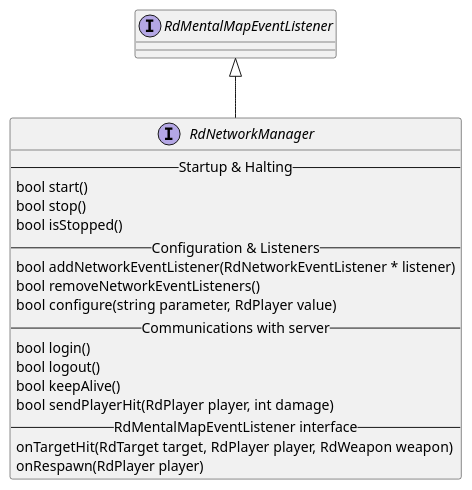
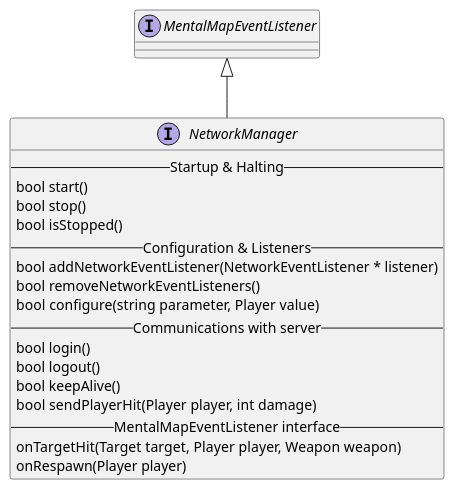
Before and after one commit to asrob-uc3m/robotDevastation-developer-manual: the first of 2 diagrams in en/network-manager.md, drawn with PlantUML. The commit also changed other lines of this file and 9 other files, not shown here.

```diff
--- a/en/network-manager.md
+++ b/en/network-manager.md
@@ -5,24 +5,24 @@
 {% plantuml %}
-interface RdNetworkManager {
+interface NetworkManager {
 --Startup & Halting--
 bool start()
 bool stop()
 bool isStopped()
 -- Configuration & Listeners --
-bool addNetworkEventListener(RdNetworkEventListener * listener)
+bool addNetworkEventListener(NetworkEventListener * listener)
 bool removeNetworkEventListeners()
-bool configure(string parameter, RdPlayer value)
+bool configure(string parameter, Player value)
 -- Communications with server --
 bool login()
 bool logout()
 bool keepAlive()
-bool sendPlayerHit(RdPlayer player, int damage)
--- RdMentalMapEventListener interface --
-onTargetHit(RdTarget target, RdPlayer player, RdWeapon weapon)
-onRespawn(RdPlayer player)
+bool sendPlayerHit(Player player, int damage)
+-- MentalMapEventListener interface --
+onTargetHit(Target target, Player player, Weapon weapon)
+onRespawn(Player player)
 }
 
-interface RdMentalMapEventListener
-RdMentalMapEventListener <|-- RdNetworkManager
+interface MentalMapEventListener
+MentalMapEventListener <|-- NetworkManager
 
 {% endplantuml %}
```
